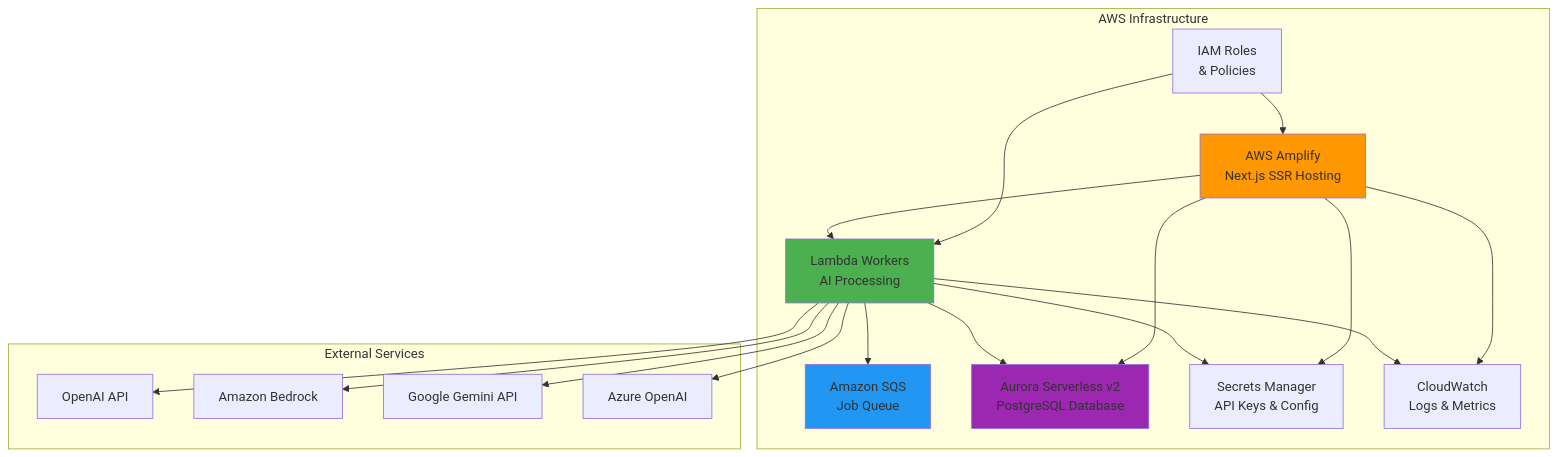
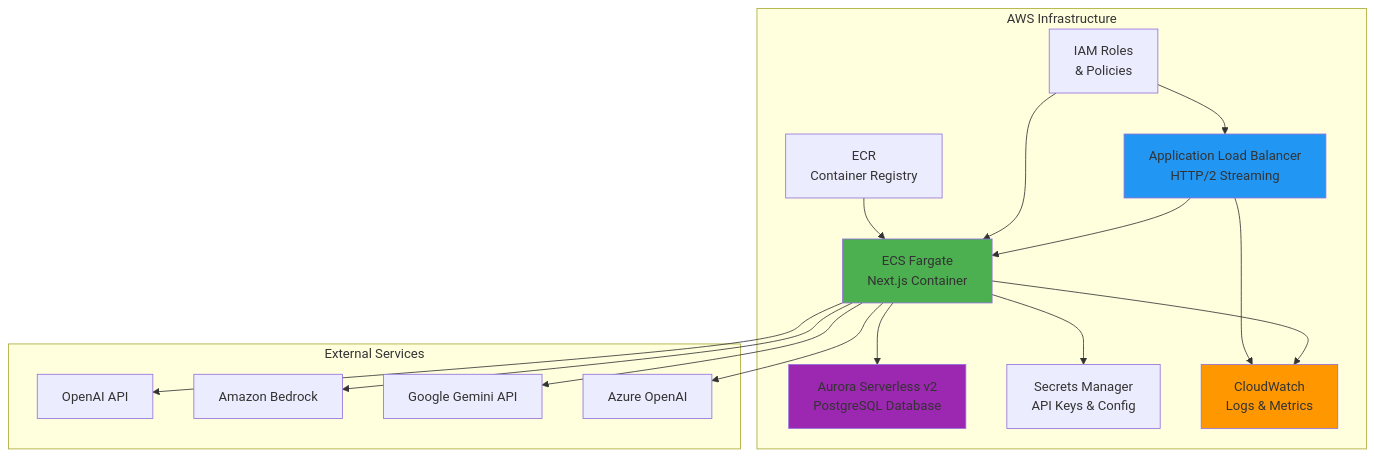
Before and after one commit to psd401/aistudio.psd401.ai: the diagram in docs/operations/streaming-infrastructure.md, drawn with Mermaid. The commit also changed other lines of this file and 6 other files, not shown here.

First line of the commit message:
docs: Update architecture documentation for ECS streaming migration

````diff
--- a/docs/operations/streaming-infrastructure.md
+++ b/docs/operations/streaming-infrastructure.md
@@ -11,42 +26,40 @@
 ```mermaid
 graph TB
     subgraph "AWS Infrastructure"
-        Amplify[AWS Amplify<br/>Next.js SSR Hosting]
-        Lambda[Lambda Workers<br/>AI Processing]
-        SQS[Amazon SQS<br/>Job Queue]
+        ECS[ECS Fargate<br/>Next.js Container]
+        ALB[Application Load Balancer<br/>HTTP/2 Streaming]
         RDS[Aurora Serverless v2<br/>PostgreSQL Database]
         Secrets[Secrets Manager<br/>API Keys & Config]
         CloudWatch[CloudWatch<br/>Logs & Metrics]
         IAM[IAM Roles<br/>& Policies]
+        ECR[ECR<br/>Container Registry]
     end
-    
+
     subgraph "External Services"
         OpenAI[OpenAI API]
         Bedrock[Amazon Bedrock]
         Google[Google Gemini API]
         Azure[Azure OpenAI]
     end
-    
-    Amplify --> Lambda
-    Lambda --> SQS
-    Lambda --> RDS
-    Lambda --> Secrets
-    Lambda --> OpenAI
-    Lambda --> Bedrock
-    Lambda --> Google
-    Lambda --> Azure
-    
-    Amplify --> RDS
-    Amplify --> Secrets
-    
-    Lambda --> CloudWatch
-    Amplify --> CloudWatch
-    
-    IAM --> Lambda
-    IAM --> Amplify
-    
-    style Amplify fill:#ff9800
-    style Lambda fill:#4caf50
-    style SQS fill:#2196f3
+
+    ALB --> ECS
+    ECS --> RDS
+    ECS --> Secrets
+    ECS --> OpenAI
+    ECS --> Bedrock
+    ECS --> Google
+    ECS --> Azure
+
+    ECS --> CloudWatch
+    ALB --> CloudWatch
+
+    IAM --> ECS
+    IAM --> ALB
+
+    ECR --> ECS
+
+    style ECS fill:#4caf50
+    style ALB fill:#2196f3
     style RDS fill:#9c27b0
+    style CloudWatch fill:#ff9800
 ```
````
